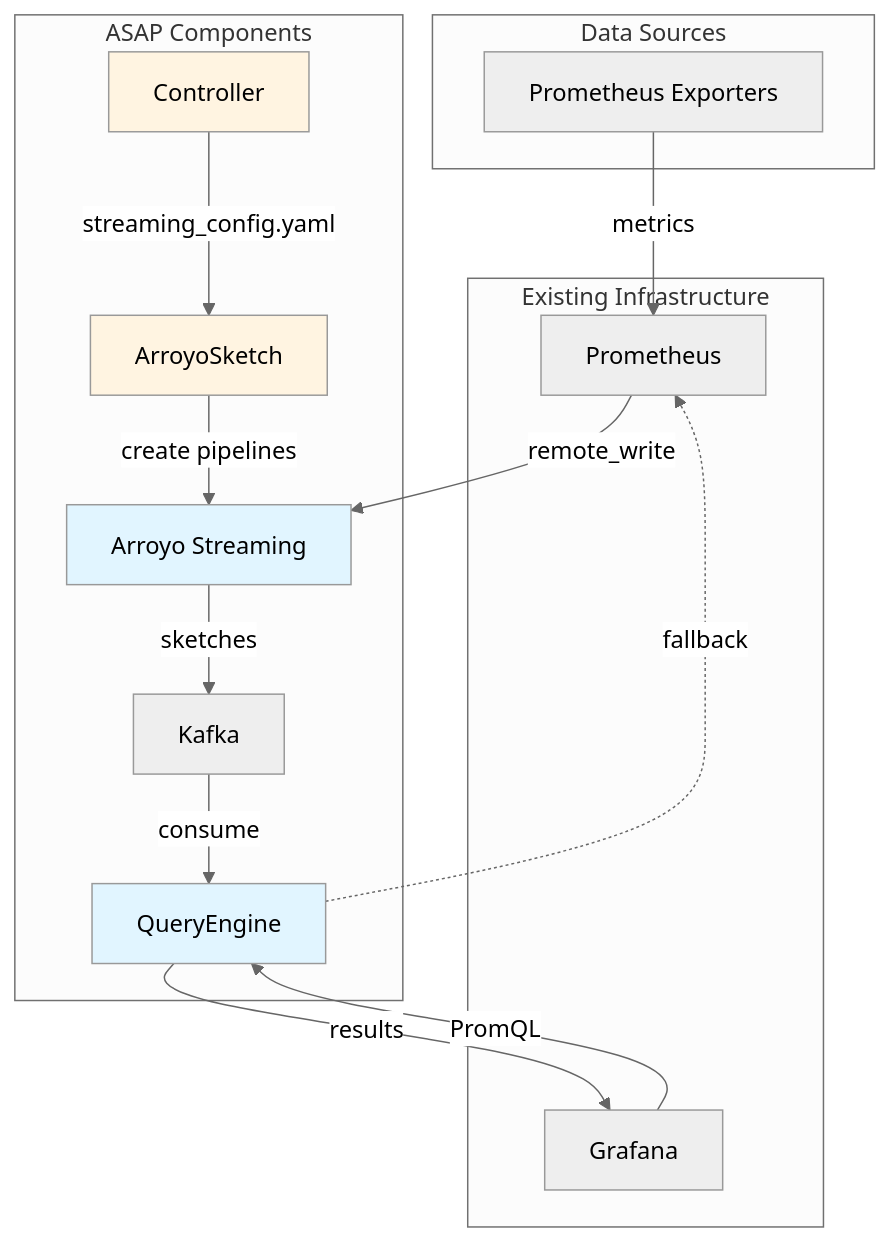
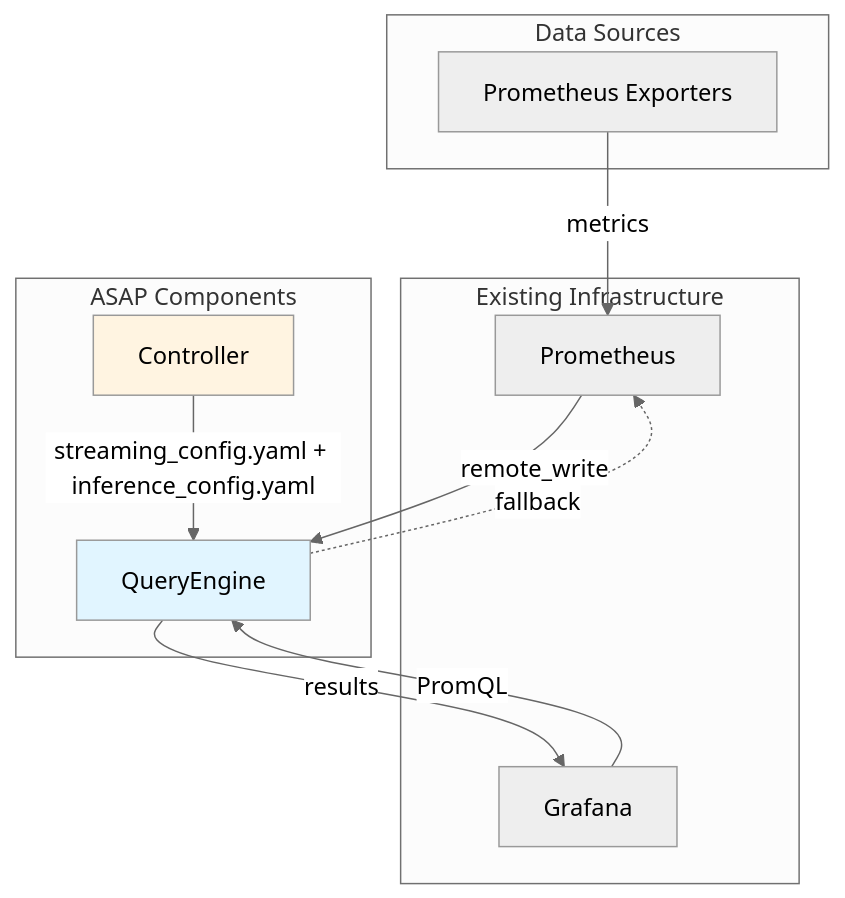
One commit to ProjectASAP/ASAPQuery changed the first of 4 diagrams in docs/01-getting-started/architecture.md. Above: the diagram before and after it, drawn with Mermaid (neutral theme). The commit also changed other lines of this file and 233 other files, not shown here.

First line of the commit message:
refactor: remove Flink/Arroyo/legacy Kafka-ingest infra from asap-tools (#721)

````diff
--- a/docs/01-getting-started/architecture.md
+++ b/docs/01-getting-started/architecture.md
@@ -17,35 +17,27 @@
 ```mermaid
 graph TB
     subgraph "Data Sources"
         E[Prometheus Exporters]
     end
 
     subgraph "Existing Infrastructure"
         P[Prometheus]
         G[Grafana]
     end
 
     subgraph "ASAP Components"
-        A[Arroyo Streaming]
-        K[Kafka]
         Q[QueryEngine]
         C[Controller]
-        AS[ArroyoSketch]
     end
 
     E -->|metrics| P
-    P -->|remote_write| A
-    A -->|sketches| K
-    K -->|consume| Q
+    P -->|remote_write| Q
     G -->|PromQL| Q
     Q -->|results| G
     Q -.->|fallback| P
 
-    C -->|streaming_config.yaml| AS
-    AS -->|create pipelines| A
+    C -->|streaming_config.yaml + inference_config.yaml| Q
 
-    style A fill:#e1f5ff
     style Q fill:#e1f5ff
     style C fill:#fff4e1
-    style AS fill:#fff4e1
 ```
````
